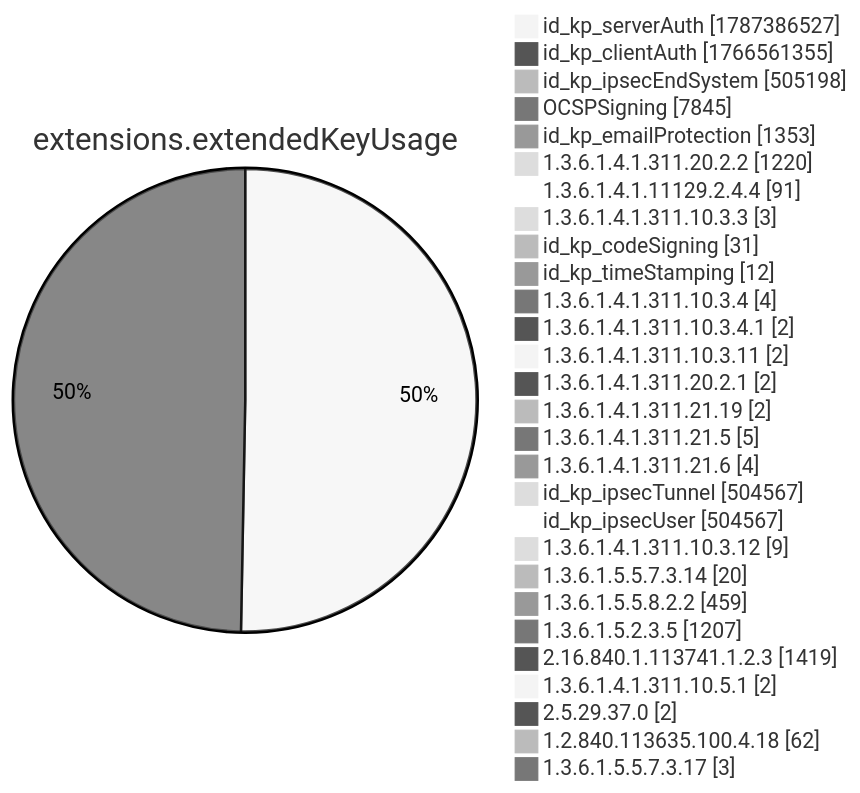
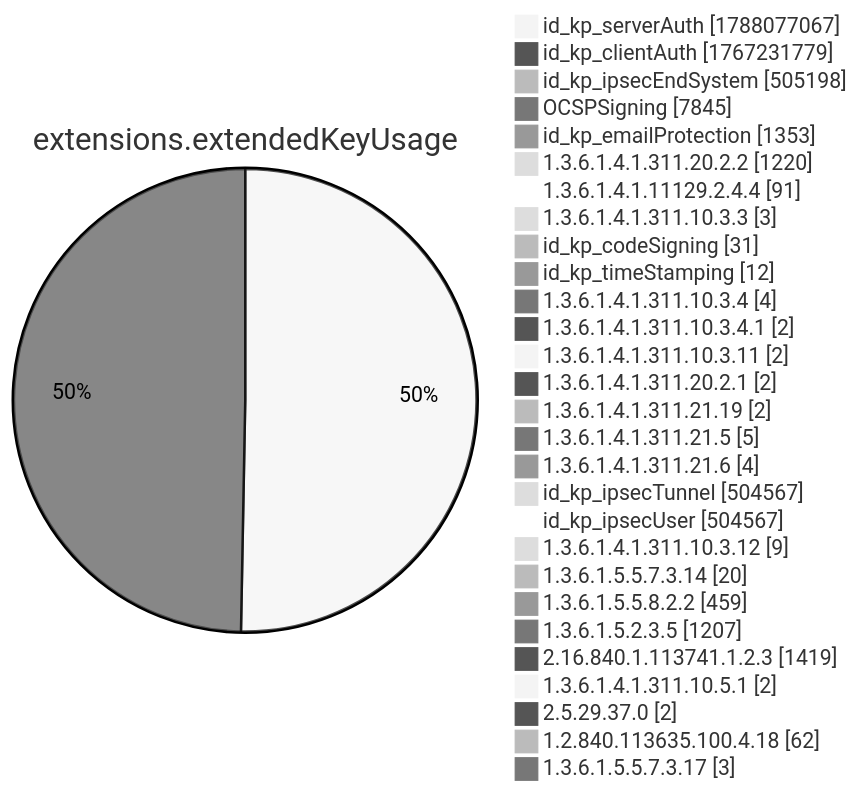
One commit to christiankrug/ctmonitor_visualization changed diagram 12 of 15 in xenon2022/README.md. Above: the diagram before and after it, drawn with Mermaid (neutral theme). The commit also changed other lines of this file, not shown here.

````diff
--- a/xenon2022/README.md
+++ b/xenon2022/README.md
@@ -3894,32 +3894,32 @@
 ```mermaid
 pie showData
 title extensions.extendedKeyUsage
-"id_kp_serverAuth" :1787386527
-"id_kp_clientAuth" :1766561355
+"id_kp_serverAuth" :1788077067
+"id_kp_clientAuth" :1767231779
 "id_kp_ipsecEndSystem" :505198
 "OCSPSigning" :7845
 "id_kp_emailProtection" :1353
 "1.3.6.1.4.1.311.20.2.2" :1220
 "1.3.6.1.4.1.11129.2.4.4" :91
 "1.3.6.1.4.1.311.10.3.3" :3
 "id_kp_codeSigning" :31
 "id_kp_timeStamping" :12
 "1.3.6.1.4.1.311.10.3.4" :4
 "1.3.6.1.4.1.311.10.3.4.1" :2
 "1.3.6.1.4.1.311.10.3.11" :2
 "1.3.6.1.4.1.311.20.2.1" :2
 "1.3.6.1.4.1.311.21.19" :2
 "1.3.6.1.4.1.311.21.5" :5
 "1.3.6.1.4.1.311.21.6" :4
 "id_kp_ipsecTunnel" :504567
 "id_kp_ipsecUser" :504567
 "1.3.6.1.4.1.311.10.3.12" :9
 "1.3.6.1.5.5.7.3.14" :20
 "1.3.6.1.5.5.8.2.2" :459
 "1.3.6.1.5.2.3.5" :1207
 "2.16.840.1.113741.1.2.3" :1419
 "1.3.6.1.4.1.311.10.5.1" :2
 "2.5.29.37.0" :2
 "1.2.840.113635.100.4.18" :62
 "1.3.6.1.5.5.7.3.17" :3
 ```
````
